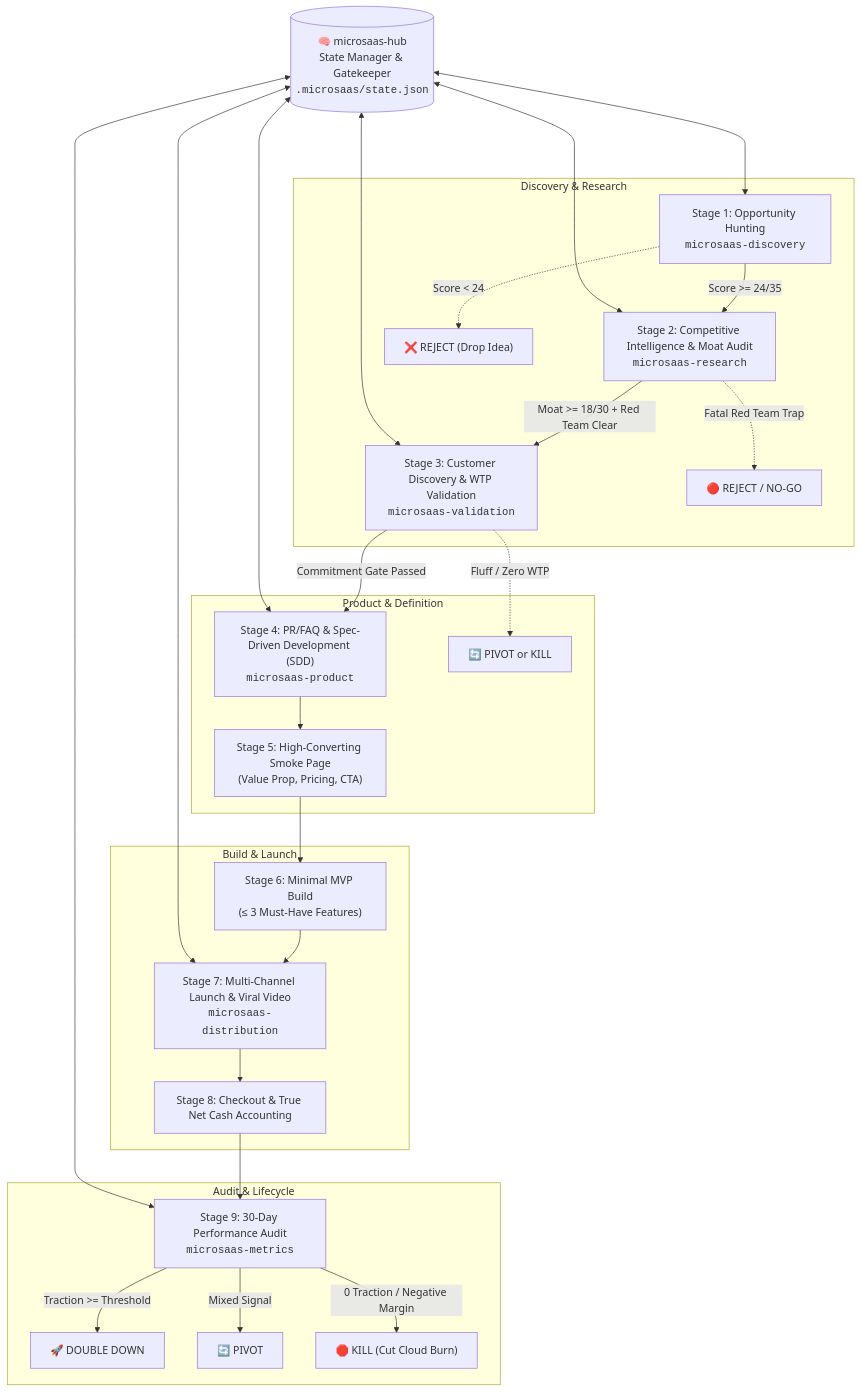
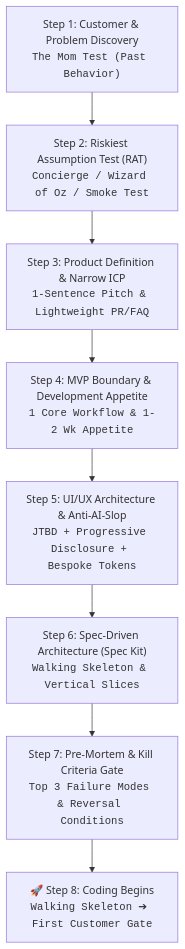
One commit to aroucadi/microsaas-os changed the diagram in README.md. Above: the diagram before and after it, drawn with Mermaid. The commit also changed other lines of this file and 8 other files, not shown here.

Commit message:
feat: upgrade to Lean/YC-oriented operating protocol with RAT, Walking Skeleton, and Pre-Mortem

````diff
--- a/README.md
+++ b/README.md
@@ -28,35 +34,10 @@
 ```mermaid
 flowchart TD
-    subgraph Discovery & Research
-        S1["Stage 1: Opportunity Hunting<br/><code>microsaas-discovery</code>"] -->|"Score >= 24/35"| S2["Stage 2: Competitive Intelligence & Moat Audit<br/><code>microsaas-research</code>"]
-        S1 -.->|"Score < 24"| DROP1["❌ REJECT (Drop Idea)"]
-        S2 -->|"Moat >= 18/30 + Red Team Clear"| S3["Stage 3: Customer Discovery & WTP Validation<br/><code>microsaas-validation</code>"]
-        S2 -.->|"Fatal Red Team Trap"| DROP2["🔴 REJECT / NO-GO"]
-    end
-
-    subgraph Product & Definition
-        S3 -->|"Commitment Gate Passed"| S4["Stage 4: PR/FAQ & Spec-Driven Development (SDD)<br/><code>microsaas-product</code>"]
-        S3 -.->|"Fluff / Zero WTP"| DROP3["🔄 PIVOT or KILL"]
-        S4 --> S5["Stage 5: High-Converting Smoke Page<br/>(Value Prop, Pricing, CTA)"]
-    end
-
-    subgraph Build & Launch
-        S5 --> S6["Stage 6: Minimal MVP Build<br/>(&le; 3 Must-Have Features)"]
-        S6 --> S7["Stage 7: Multi-Channel Launch & Viral Video<br/><code>microsaas-distribution</code>"]
-        S7 --> S8["Stage 8: Checkout & True Net Cash Accounting"]
-    end
-
-    subgraph Audit & Lifecycle
-        S8 --> S9["Stage 9: 30-Day Performance Audit<br/><code>microsaas-metrics</code>"]
-        S9 -->|"Traction >= Threshold"| DD["🚀 DOUBLE DOWN"]
-        S9 -->|"Mixed Signal"| PV["🔄 PIVOT"]
-        S9 -->|"0 Traction / Negative Margin"| KL["🛑 KILL (Cut Cloud Burn)"]
-    end
-
-    HUB[("🧠 microsaas-hub<br/>State Manager & Gatekeeper<br/><code>.microsaas/state.json</code>")] <---> S1
-    HUB <---> S2
-    HUB <---> S3
-    HUB <---> S4
-    HUB <---> S7
-    HUB <---> S9
+    S1["Step 1: Customer & Problem Discovery<br/><code>The Mom Test (Past Behavior)</code>"] --> S2["Step 2: Riskiest Assumption Test (RAT)<br/><code>Concierge / Wizard of Oz / Smoke Test</code>"]
+    S2 --> S3["Step 3: Product Definition & Narrow ICP<br/><code>1-Sentence Pitch & Lightweight PR/FAQ</code>"]
+    S3 --> S4["Step 4: MVP Boundary & Development Appetite<br/><code>1 Core Workflow & 1-2 Wk Appetite</code>"]
+    S4 --> S5["Step 5: UI/UX Architecture & Anti-AI-Slop<br/><code>JTBD + Progressive Disclosure + Bespoke Tokens</code>"]
+    S5 --> S6["Step 6: Spec-Driven Architecture (Spec Kit)<br/><code>Walking Skeleton & Vertical Slices</code>"]
+    S6 --> S7["Step 7: Pre-Mortem & Kill Criteria Gate<br/><code>Top 3 Failure Modes & Reversal Conditions</code>"]
+    S7 --> S8["🚀 Step 8: Coding Begins<br/><code>Walking Skeleton ➔ First Customer Gate</code>"]
 ```
````
